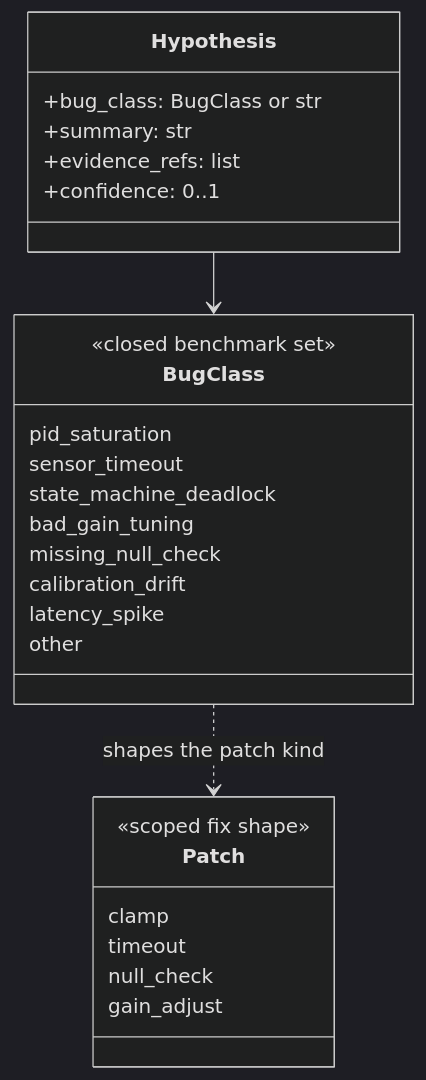
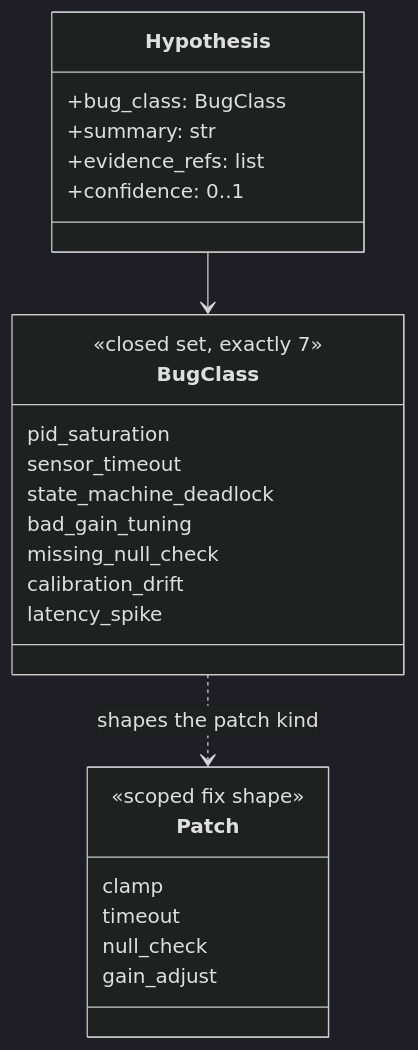
The fifth of 8 diagrams in README.md (LucasErcolano/BlackBox), drawn with Mermaid (dark theme) before and after one commit. The commit also changed other lines of this file and 8 other files, not shown here.

````diff
--- a/README.md
+++ b/README.md
@@ -164,29 +179,28 @@
 ```mermaid
 classDiagram
     class BugClass {
-        <<closed benchmark set>>
+        <<closed set, exactly 7>>
         pid_saturation
         sensor_timeout
         state_machine_deadlock
         bad_gain_tuning
         missing_null_check
         calibration_drift
         latency_spike
-        other
     }
     class Patch {
         <<scoped fix shape>>
         clamp
         timeout
         null_check
         gain_adjust
     }
     class Hypothesis {
-        +bug_class: BugClass or str
+        +bug_class: BugClass
         +summary: str
         +evidence_refs: list
         +confidence: 0..1
     }
     Hypothesis --> BugClass
     BugClass ..> Patch : shapes the patch kind
 ```
````
